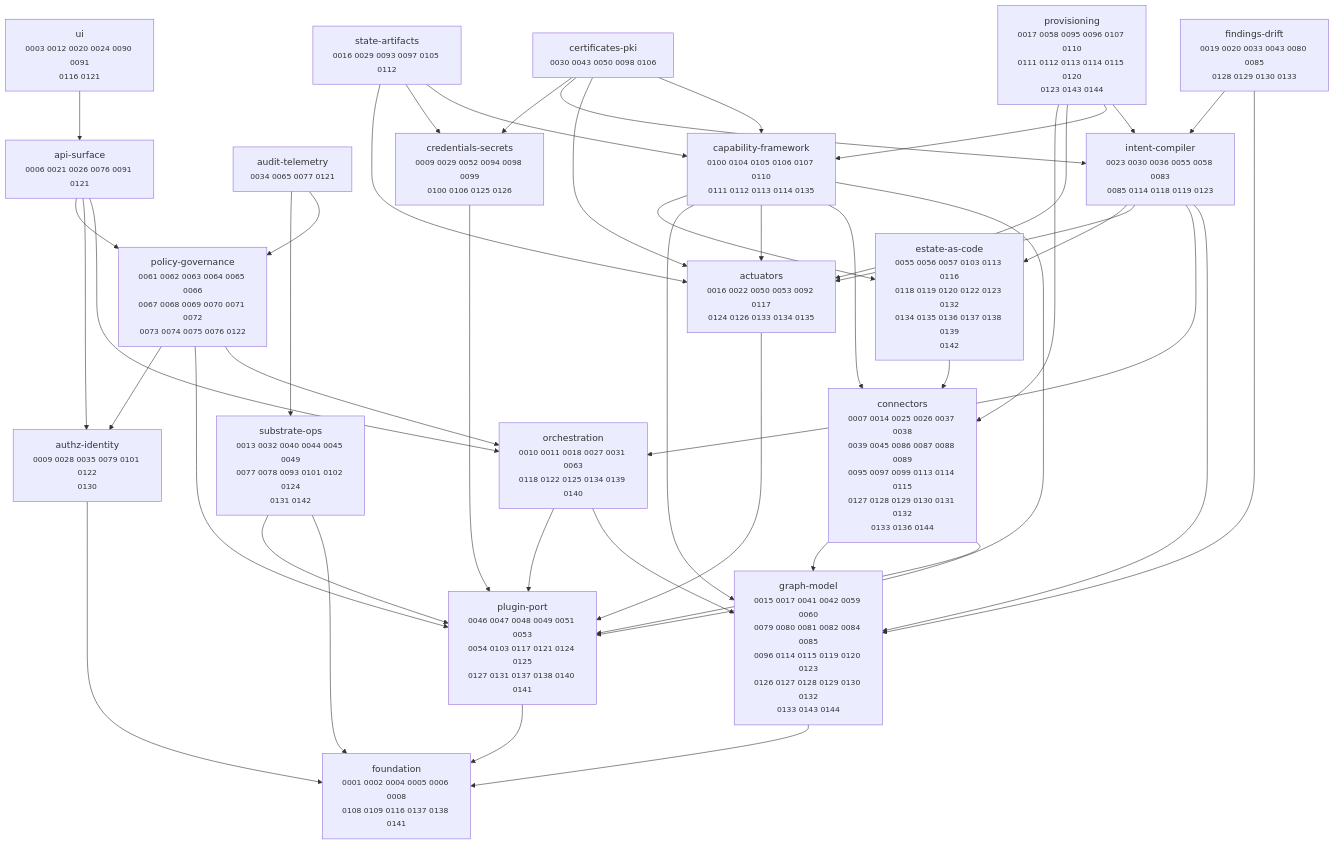
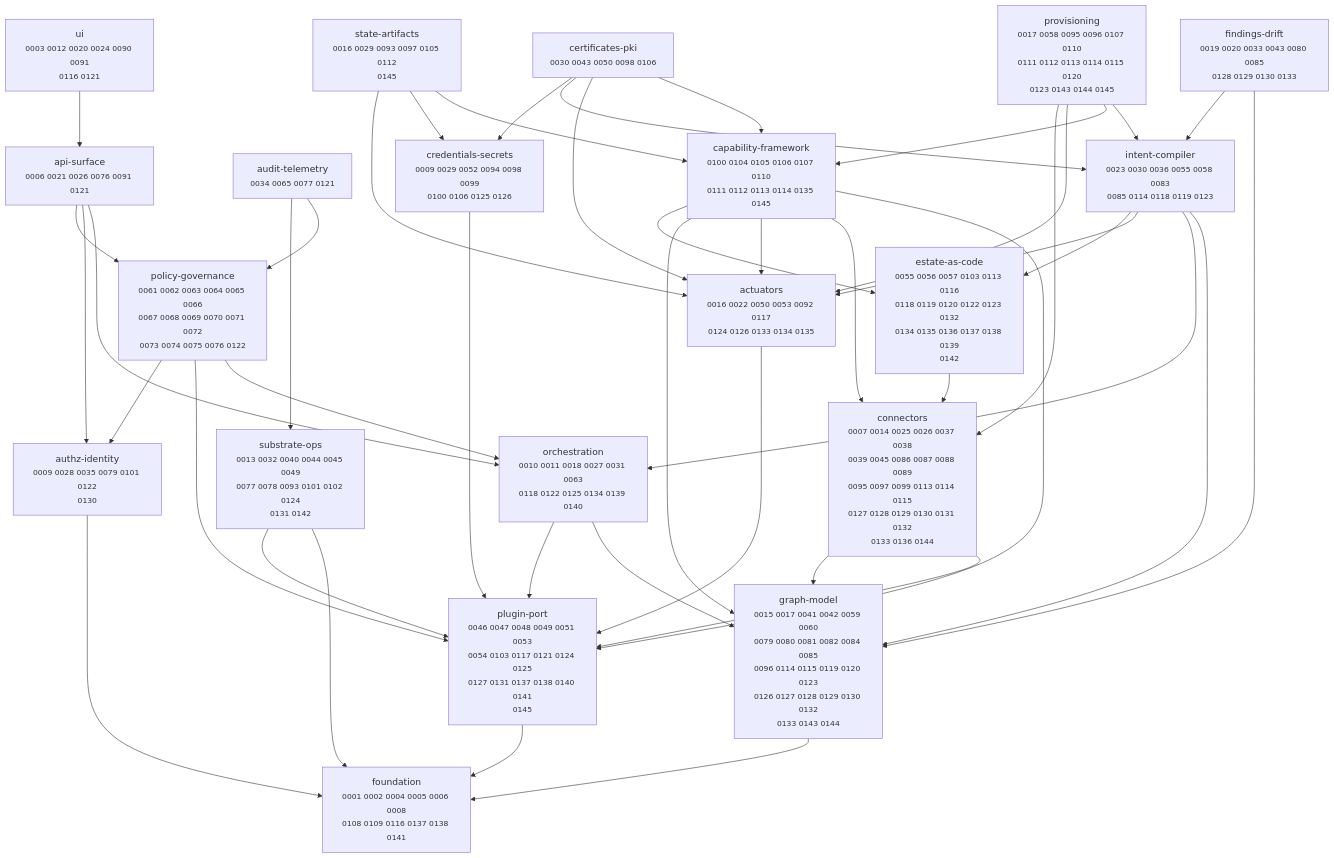
One commit to dstout-devops/stratt changed the diagram in docs/adr/MAP.md. Above: the diagram before and after it, drawn with Mermaid. The commit also changed other lines of this file and 22 other files, not shown here.

````diff
--- a/docs/adr/MAP.md
+++ b/docs/adr/MAP.md
@@ -11,67 +11,67 @@
 ```mermaid
 graph TD
   actuators["actuators<br/><small>0016 0022 0050 0053 0092 0117<br/>0124 0126 0133 0134 0135</small>"]
   api_surface["api-surface<br/><small>0006 0021 0026 0076 0091 0121</small>"]
   audit_telemetry["audit-telemetry<br/><small>0034 0065 0077 0121</small>"]
   authz_identity["authz-identity<br/><small>0009 0028 0035 0079 0101 0122<br/>0130</small>"]
-  capability_framework["capability-framework<br/><small>0100 0104 0105 0106 0107 0110<br/>0111 0112 0113 0114 0135</small>"]
+  capability_framework["capability-framework<br/><small>0100 0104 0105 0106 0107 0110<br/>0111 0112 0113 0114 0135 0145</small>"]
   certificates_pki["certificates-pki<br/><small>0030 0043 0050 0098 0106</small>"]
   connectors["connectors<br/><small>0007 0014 0025 0026 0037 0038<br/>0039 0045 0086 0087 0088 0089<br/>0095 0097 0099 0113 0114 0115<br/>0127 0128 0129 0130 0131 0132<br/>0133 0136 0144</small>"]
   credentials_secrets["credentials-secrets<br/><small>0009 0029 0052 0094 0098 0099<br/>0100 0106 0125 0126</small>"]
   estate_as_code["estate-as-code<br/><small>0055 0056 0057 0103 0113 0116<br/>0118 0119 0120 0122 0123 0132<br/>0134 0135 0136 0137 0138 0139<br/>0142</small>"]
   findings_drift["findings-drift<br/><small>0019 0020 0033 0043 0080 0085<br/>0128 0129 0130 0133</small>"]
   foundation["foundation<br/><small>0001 0002 0004 0005 0006 0008<br/>0108 0109 0116 0137 0138 0141</small>"]
   graph_model["graph-model<br/><small>0015 0017 0041 0042 0059 0060<br/>0079 0080 0081 0082 0084 0085<br/>0096 0114 0115 0119 0120 0123<br/>0126 0127 0128 0129 0130 0132<br/>0133 0143 0144</small>"]
   intent_compiler["intent-compiler<br/><small>0023 0030 0036 0055 0058 0083<br/>0085 0114 0118 0119 0123</small>"]
   orchestration["orchestration<br/><small>0010 0011 0018 0027 0031 0063<br/>0118 0122 0125 0134 0139 0140</small>"]
-  plugin_port["plugin-port<br/><small>0046 0047 0048 0049 0051 0053<br/>0054 0103 0117 0121 0124 0125<br/>0127 0131 0137 0138 0140 0141</small>"]
+  plugin_port["plugin-port<br/><small>0046 0047 0048 0049 0051 0053<br/>0054 0103 0117 0121 0124 0125<br/>0127 0131 0137 0138 0140 0141<br/>0145</small>"]
   policy_governance["policy-governance<br/><small>0061 0062 0063 0064 0065 0066<br/>0067 0068 0069 0070 0071 0072<br/>0073 0074 0075 0076 0122</small>"]
-  provisioning["provisioning<br/><small>0017 0058 0095 0096 0107 0110<br/>0111 0112 0113 0114 0115 0120<br/>0123 0143 0144</small>"]
-  state_artifacts["state-artifacts<br/><small>0016 0029 0093 0097 0105 0112</small>"]
+  provisioning["provisioning<br/><small>0017 0058 0095 0096 0107 0110<br/>0111 0112 0113 0114 0115 0120<br/>0123 0143 0144 0145</small>"]
+  state_artifacts["state-artifacts<br/><small>0016 0029 0093 0097 0105 0112<br/>0145</small>"]
   substrate_ops["substrate-ops<br/><small>0013 0032 0040 0044 0045 0049<br/>0077 0078 0093 0101 0102 0124<br/>0131 0142</small>"]
   ui["ui<br/><small>0003 0012 0020 0024 0090 0091<br/>0116 0121</small>"]
 
   actuators --> plugin_port
   api_surface --> orchestration
   api_surface --> authz_identity
   api_surface --> policy_governance
   audit_telemetry --> policy_governance
   audit_telemetry --> substrate_ops
   authz_identity --> foundation
   capability_framework --> plugin_port
   capability_framework --> connectors
   capability_framework --> actuators
   capability_framework --> graph_model
   capability_framework --> estate_as_code
   certificates_pki --> capability_framework
   certificates_pki --> actuators
   certificates_pki --> intent_compiler
   certificates_pki --> credentials_secrets
   connectors --> plugin_port
   connectors --> graph_model
   credentials_secrets --> plugin_port
   estate_as_code --> connectors
   findings_drift --> graph_model
   findings_drift --> intent_compiler
   graph_model --> foundation
   intent_compiler --> graph_model
   intent_compiler --> orchestration
   intent_compiler --> actuators
   intent_compiler --> estate_as_code
   orchestration --> graph_model
   orchestration --> plugin_port
   plugin_port --> foundation
   policy_governance --> orchestration
   policy_governance --> plugin_port
   policy_governance --> authz_identity
   provisioning --> intent_compiler
   provisioning --> capability_framework
   provisioning --> actuators
   provisioning --> connectors
   state_artifacts --> capability_framework
   state_artifacts --> credentials_secrets
   state_artifacts --> actuators
   substrate_ops --> foundation
   substrate_ops --> plugin_port
   ui --> api_surface
 ```
````
